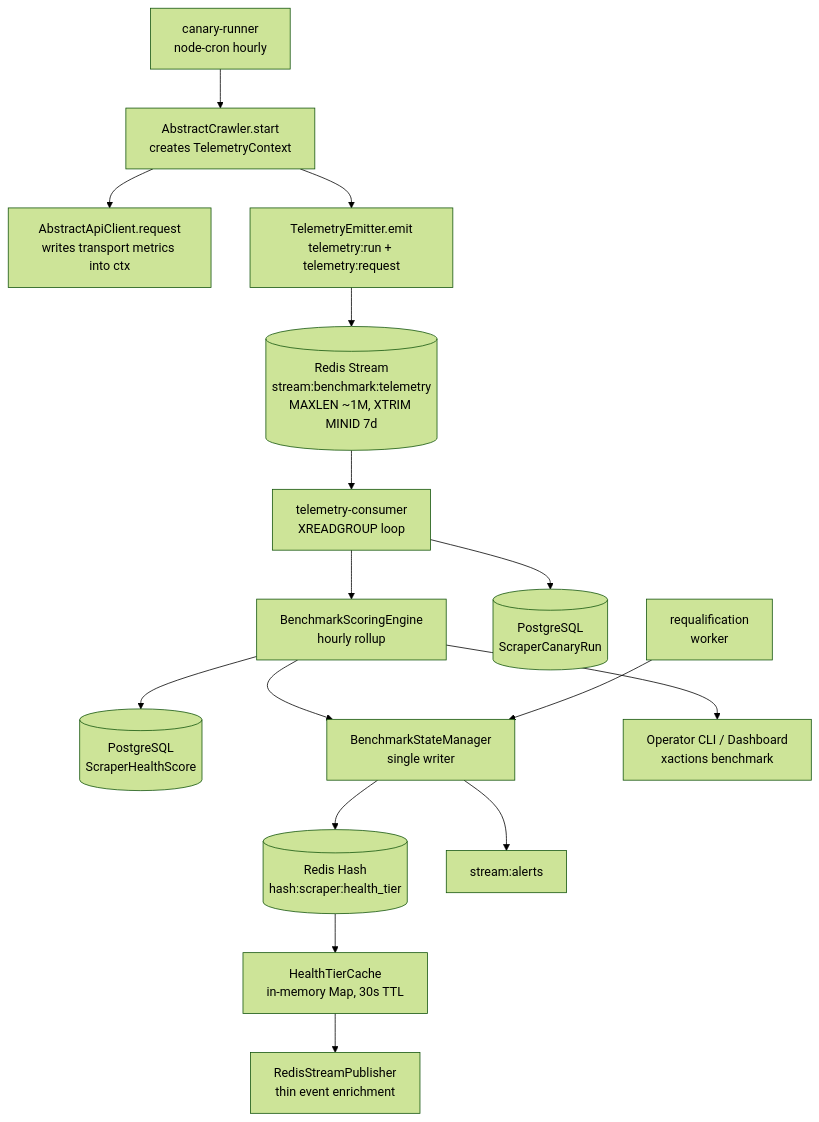
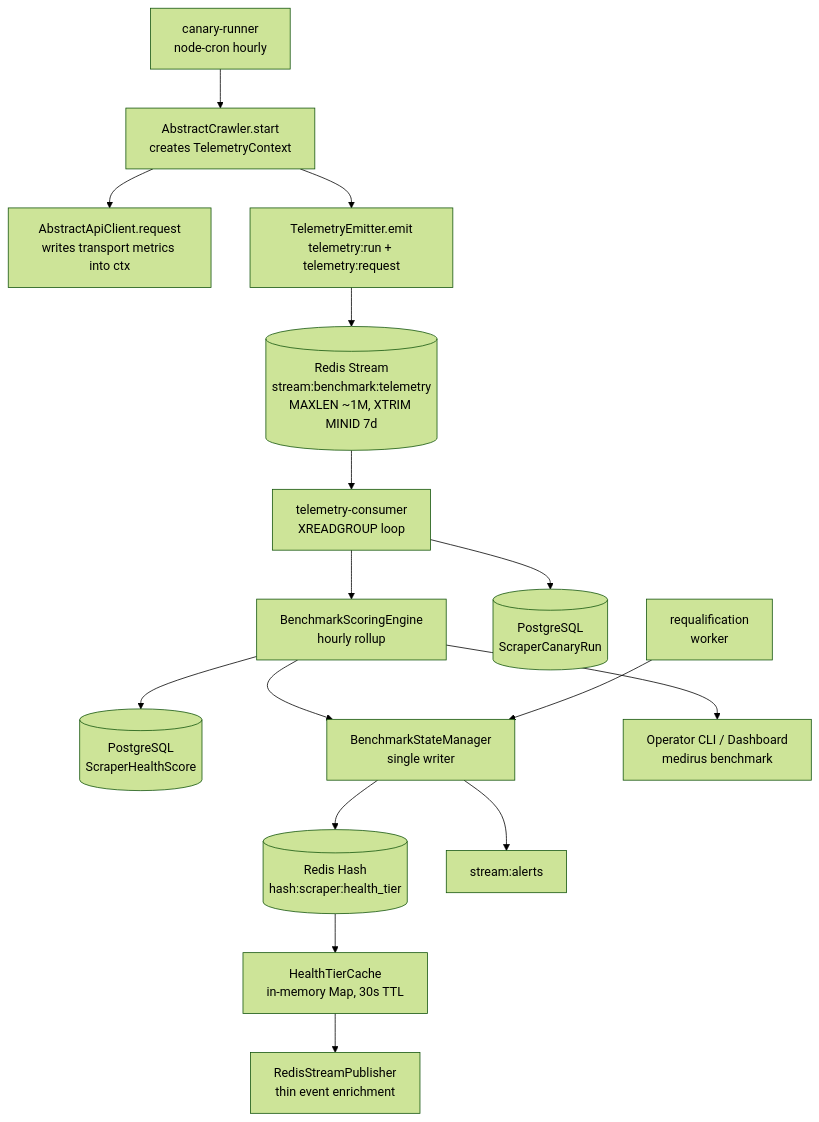
Before and after one commit to deptrai/XActions: the diagram in _bmad-output/planning-artifacts/architecture/medirus-benchmark-epic34/ARCHITECTURE-SPINE.md, drawn with Mermaid (forest theme). The commit also changed other lines of this file and 2613 other files, not shown here.

First line of the commit message:
chore(rename): XActions -> medirus content bulk replace (phase 2/2)

````diff
--- a/_bmad-output/planning-artifacts/architecture/medirus-benchmark-epic34/ARCHITECTURE-SPINE.md
+++ b/_bmad-output/planning-artifacts/architecture/medirus-benchmark-epic34/ARCHITECTURE-SPINE.md
@@ -24,18 +24,18 @@
 ```mermaid
 flowchart TD
     A[AbstractCrawler.start<br/>creates TelemetryContext] --> B[AbstractApiClient.request<br/>writes transport metrics into ctx]
     A --> C[TelemetryEmitter.emit<br/>telemetry:run + telemetry:request]
     C --> D[(Redis Stream<br/>stream:benchmark:telemetry<br/>MAXLEN ~1M, XTRIM MINID 7d)]
     D --> E[telemetry-consumer<br/>XREADGROUP loop]
     E --> F[BenchmarkScoringEngine<br/>hourly rollup]
     F --> G[(PostgreSQL<br/>ScraperHealthScore)]
     F --> S[BenchmarkStateManager<br/>single writer]
     S --> H[(Redis Hash<br/>hash:scraper:health_tier)]
     H --> I[HealthTierCache<br/>in-memory Map, 30s TTL]
     I --> J[RedisStreamPublisher<br/>thin event enrichment]
     E --> K[(PostgreSQL<br/>ScraperCanaryRun)]
     L[canary-runner<br/>node-cron hourly] --> A
     M[requalification<br/>worker] --> S
-    F --> N[Operator CLI / Dashboard<br/>xactions benchmark]
+    F --> N[Operator CLI / Dashboard<br/>medirus benchmark]
     S --> O[stream:alerts]
 ```
````
